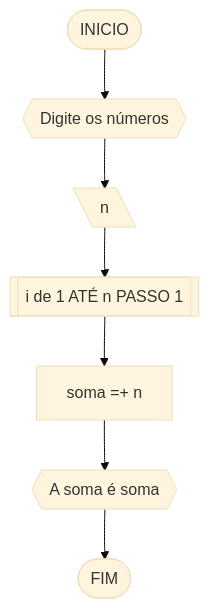
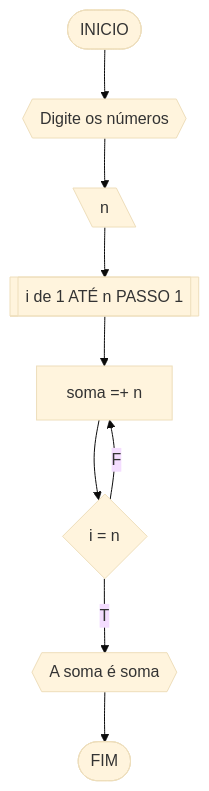
One commit to MozillaFirefox/UNIFOR changed diagram 14 of 22 in codigos.md. Above: the diagram before and after it, drawn with Mermaid (base theme).

````diff
--- a/codigos.md
+++ b/codigos.md
@@ -660,14 +660,16 @@
 ```mermaid
 flowchart TD
 A([INICIO]) --> B{{Digite os números}}
 B-->C[\n\]
 C-->D[[ i de 1 ATÉ n PASSO 1]]
 D-->E[soma =+ n]
-E-->F{{A soma é soma}}
+E-->H{i = n}
+H--T-->F{{A soma é soma}}
+H--F-->E
 F-->G([FIM])
 
 
 
 
 
 ```
````
